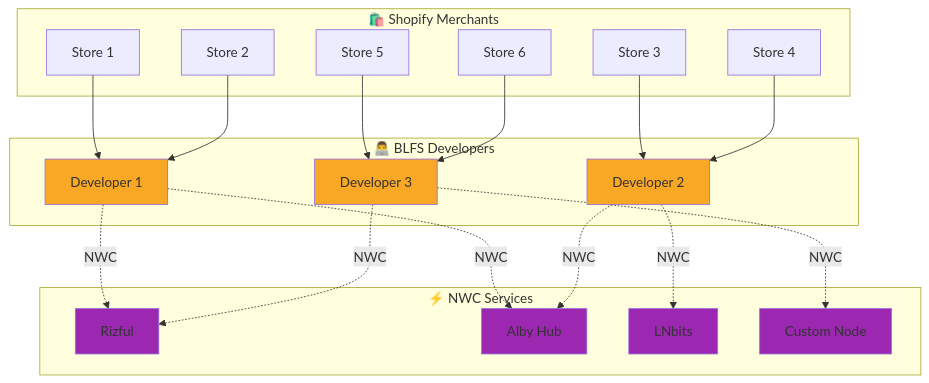
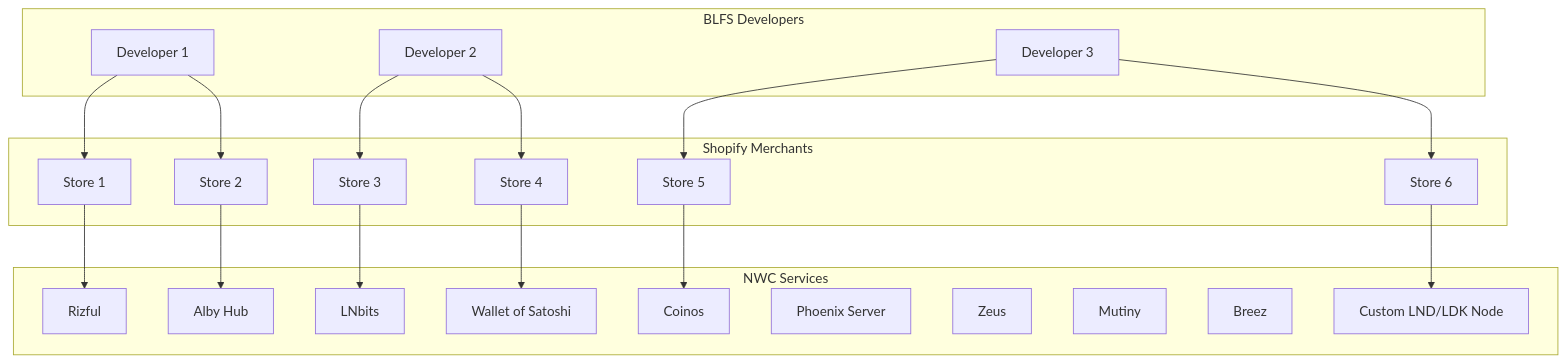
Before and after one commit to MegalithicBTC/BLFS: the third of 3 diagrams in readme.md, drawn with Mermaid. The commit also changed other lines of this file, not shown here.

Commit message:
commit before branch push

````diff
--- a/readme.md
+++ b/readme.md
@@ -70,46 +53,44 @@
 ```mermaid
 graph TB
-  subgraph NWC["⚡ NWC Services"]
-    N1["Rizful"]
-    N2["Alby Hub"]
-    N3["LNbits"]
-    N4["Custom Node"]
-  end
-  
-  subgraph Devs["👨‍💻 BLFS Developers"]
+  subgraph Devs["BLFS Developers"]
     D1["Developer 1"]
     D2["Developer 2"]
     D3["Developer 3"]
   end
-  
-  subgraph Merchants["🛍️ Shopify Merchants"]
+
+  subgraph Merchants["Shopify Merchants"]
     M1["Store 1"]
     M2["Store 2"]
     M3["Store 3"]
     M4["Store 4"]
     M5["Store 5"]
     M6["Store 6"]
   end
-  
-  M1 --> D1
-  M2 --> D1
-  M3 --> D2
-  M4 --> D2
-  M5 --> D3
-  M6 --> D3
-  
-  D1 -.NWC.-> N1
-  D1 -.NWC.-> N2
-  D2 -.NWC.-> N2
-  D2 -.NWC.-> N3
-  D3 -.NWC.-> N1
-  D3 -.NWC.-> N4
-  
-  style N1 fill:#9c27b0
-  style N2 fill:#9c27b0
-  style N3 fill:#9c27b0
-  style N4 fill:#9c27b0
-  style D1 fill:#f9a825
-  style D2 fill:#f9a825
-  style D3 fill:#f9a825
+
+  subgraph NWC["NWC Services"]
+    N1["Rizful"]
+    N2["Alby Hub"]
+    N3["LNbits"]
+    N4["Coinos"]
+    N5["Wallet of Satoshi"]
+    N6["Phoenix Server"]
+    N7["Zeus"]
+    N8["Mutiny"]
+    N9["Breez"]
+    N10["Custom LND/LDK Node"]
+  end
+
+  D1 --> M1
+  D1 --> M2
+  D2 --> M3
+  D2 --> M4
+  D3 --> M5
+  D3 --> M6
+
+  M1 --> N1
+  M2 --> N2
+  M3 --> N3
+  M4 --> N5
+  M5 --> N4
+  M6 --> N10
 ```
````
